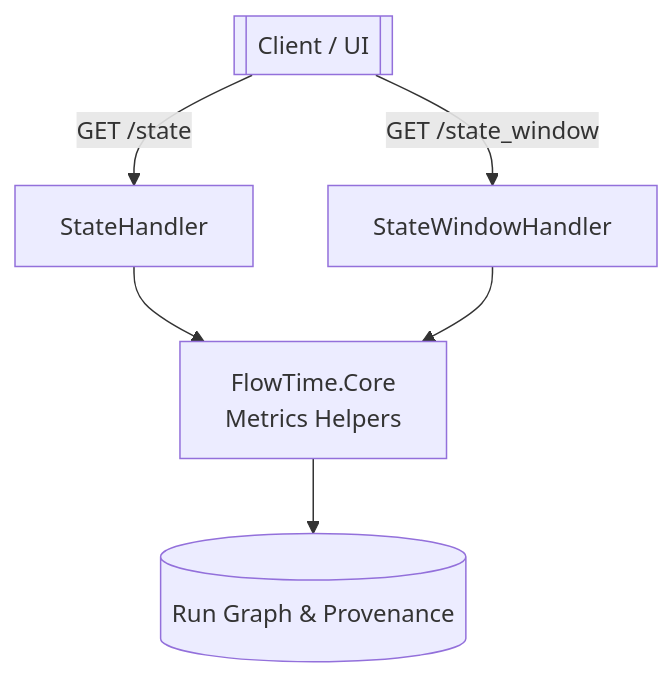
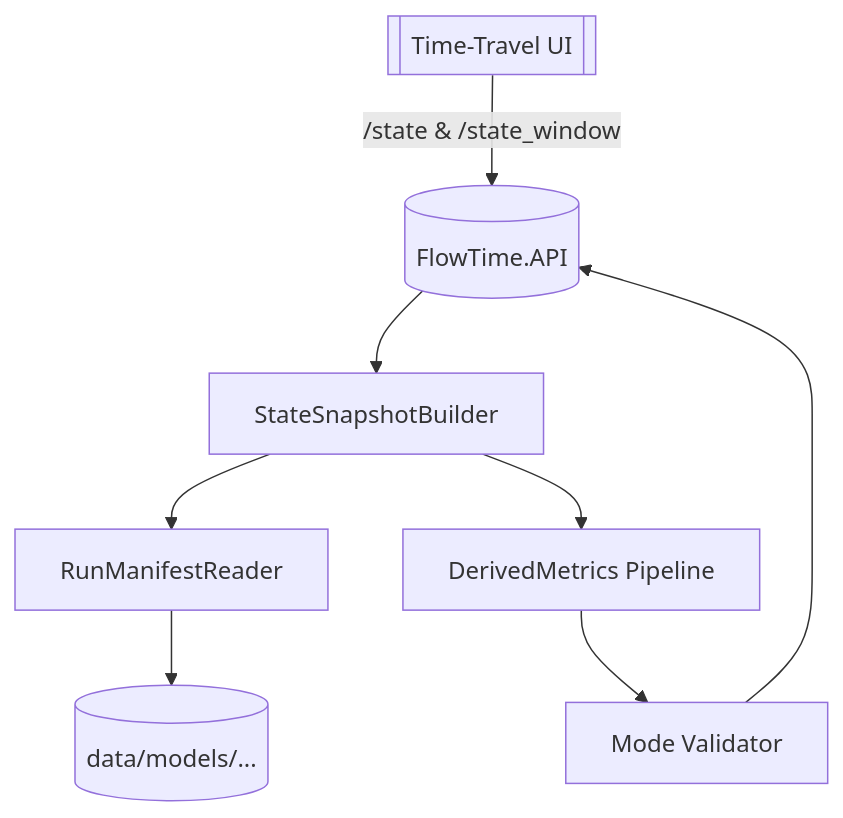
The first of 2 diagrams in docs/milestones/M-03.01.md (23min/FlowTime), drawn with Mermaid before and after one commit. The commit also changed other lines of this file and 1 other file, not shown here.

````diff
--- a/docs/milestones/M-03.01.md
+++ b/docs/milestones/M-03.01.md
@@ -83,9 +201,10 @@
 ```mermaid
 flowchart TD
-    Client[[Client / UI]] -->|GET /state| StateHandler
-    Client -->|GET /state_window| StateWindowHandler
-    StateHandler --> Metrics[FlowTime.Core
-Metrics Helpers]
-    StateWindowHandler --> Metrics
-    Metrics --> Graph[(Run Graph & Provenance)]
+    UI[[Time-Travel UI]] -->|/state & /state_window| API[(FlowTime.API)]
+    API --> SnapshotBuilder[StateSnapshotBuilder]
+    SnapshotBuilder --> Metadata[RunManifestReader]
+    SnapshotBuilder --> Metrics[DerivedMetrics Pipeline]
+    Metadata --> Storage[(data/models/...)]
+    Metrics --> Validation[Mode Validator]
+    Validation --> API
 ```
````
